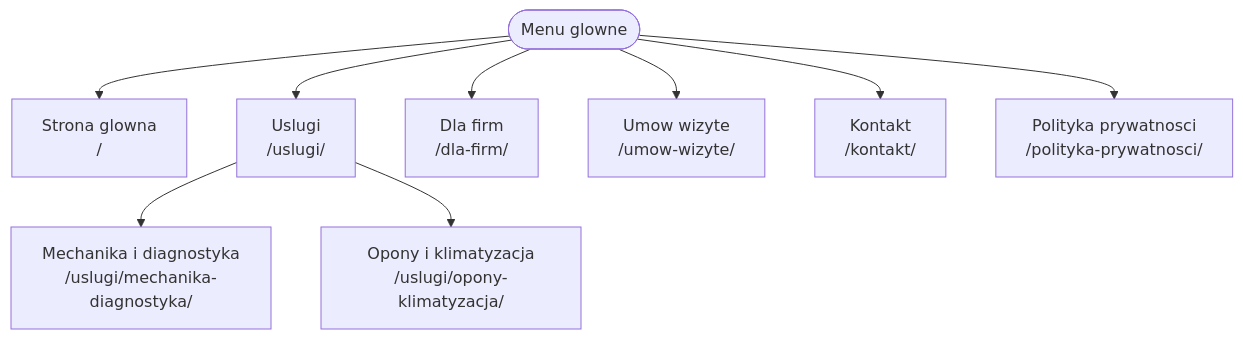
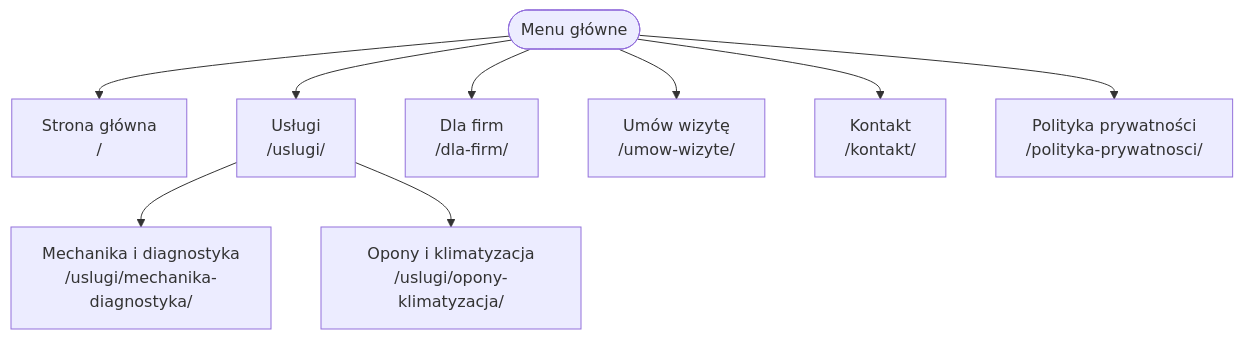
One commit to waldemar-grabowski/cms-lab changed the diagram in README.md. Above: the diagram before and after it, drawn with Mermaid. The commit also changed other lines of this file, not shown here.

````diff
--- a/README.md
+++ b/README.md
@@ -21,12 +21,12 @@
 ```mermaid
 flowchart TD
-  M(["Menu glowne"])
-  M --> H["Strona glowna<br>/"]
-  M --> U["Uslugi<br>/uslugi/"]
+  M(["Menu główne"])
+  M --> H["Strona główna<br>/"]
+  M --> U["Usługi<br>/uslugi/"]
   M --> F["Dla firm<br>/dla-firm/"]
-  M --> W["Umow wizyte<br>/umow-wizyte/"]
+  M --> W["Umów wizytę<br>/umow-wizyte/"]
   M --> K["Kontakt<br>/kontakt/"]
-  M --> P["Polityka prywatnosci<br>/polityka-prywatnosci/"]
+  M --> P["Polityka prywatności<br>/polityka-prywatnosci/"]
   U --> U1["Mechanika i diagnostyka<br>/uslugi/mechanika-diagnostyka/"]
   U --> U2["Opony i klimatyzacja<br>/uslugi/opony-klimatyzacja/"]
 ```
````
